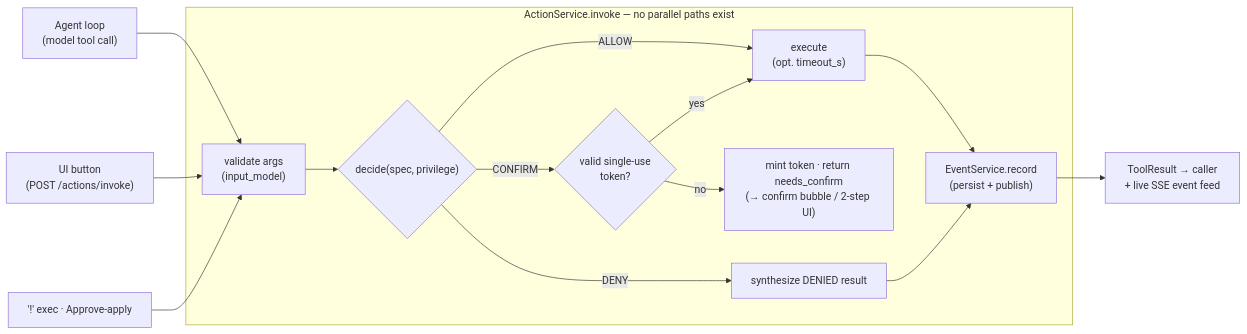
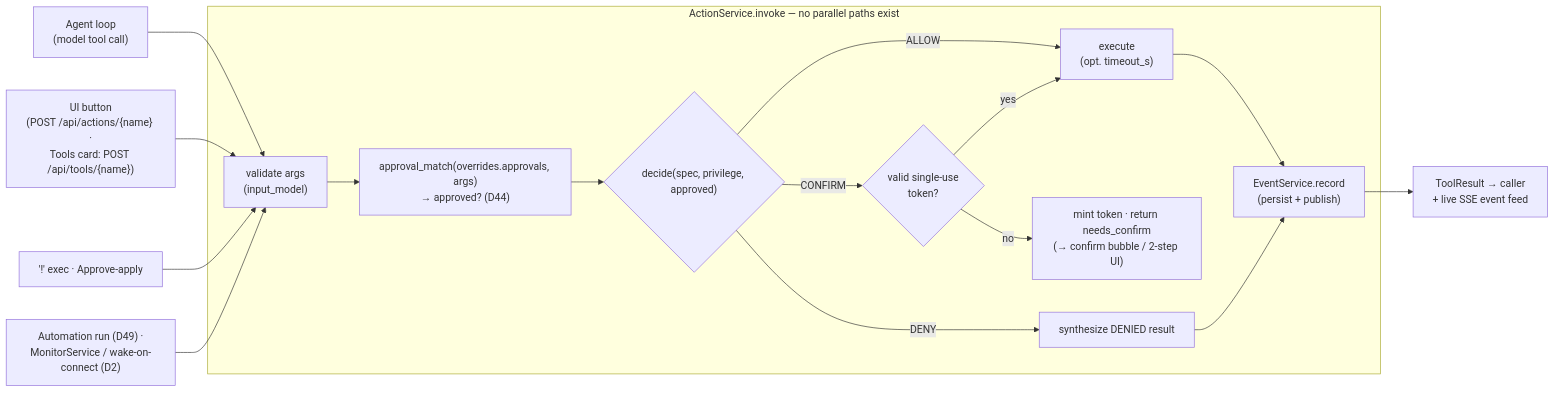
The fourth of 11 diagrams in docs/SPEC.md (nengoxx/ctrl-b), drawn with Mermaid before and after one commit. The commit also changed other lines of this file and 17 other files, not shown here.

````diff
--- a/docs/SPEC.md
+++ b/docs/SPEC.md
@@ -153,17 +160,18 @@
 ```mermaid
 flowchart LR
     src1["Agent loop\n(model tool call)"] --> inv
-    src2["UI button\n(POST /actions/invoke)"] --> inv
+    src2["UI button\n(POST /api/actions/{name} ·\nTools card: POST /api/tools/{name})"] --> inv
     src3["'!' exec · Approve-apply"] --> inv
+    src4["Automation run (D49) ·\nMonitorService / wake-on-connect (D2)"] --> inv
     subgraph chokepoint["ActionService.invoke — no parallel paths exist"]
-        inv["validate args\n(input_model)"] --> dec{"decide(spec, privilege)"}
+        inv["validate args\n(input_model)"] --> apr["approval_match(overrides.approvals, args)\n→ approved? (D44)"] --> dec{"decide(spec, privilege, approved)"}
         dec -->|ALLOW| exec["execute\n(opt. timeout_s)"]
         dec -->|CONFIRM| tok{"valid single-use\ntoken?"}
         tok -->|no| mint["mint token · return needs_confirm\n(→ confirm bubble / 2-step UI)"]
         tok -->|yes| exec
         dec -->|DENY| deny["synthesize DENIED result"]
         exec --> ev["EventService.record\n(persist + publish)"]
         deny --> ev
     end
     ev --> out["ToolResult → caller\n+ live SSE event feed"]
 ```
````
